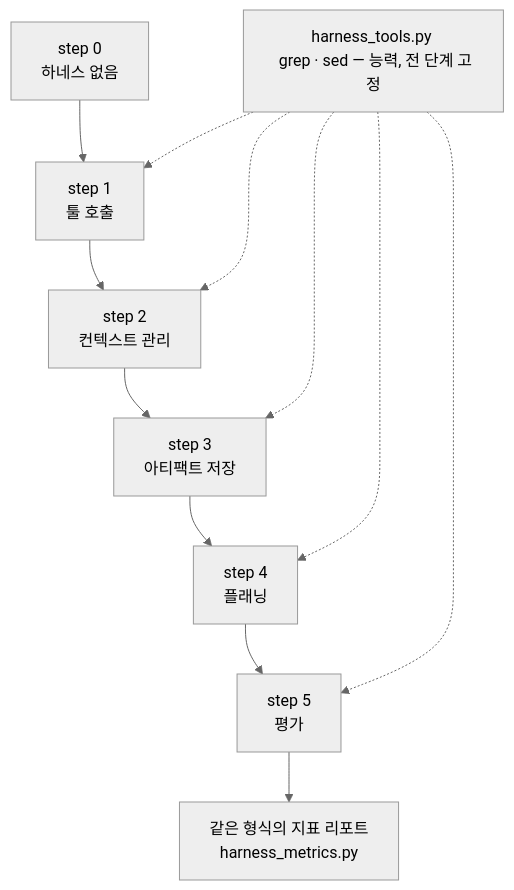
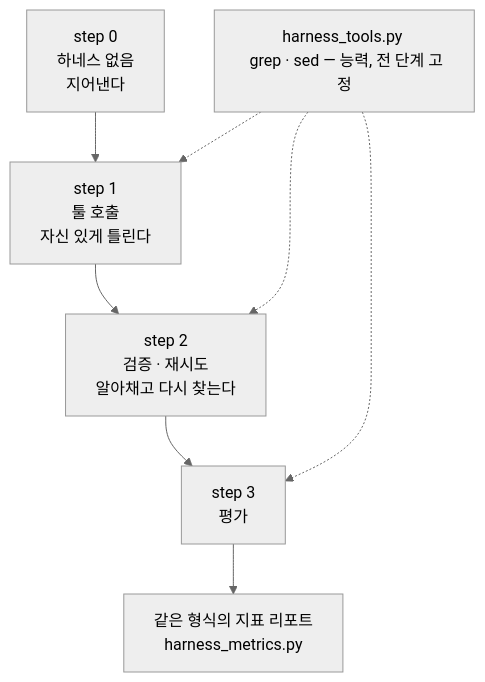
One commit to ivorycloud1013/lab-azure-hol-ai-services changed diagram 17 of 17 in python/README.md. Above: the diagram before and after it, drawn with Mermaid. The commit also changed other lines of this file and 12 other files, not shown here.

````diff
--- a/python/README.md
+++ b/python/README.md
@@ -1018,13 +1018,11 @@
 ```mermaid
 %%{init: {"theme": "neutral"}}%%
 flowchart TB
     CAP["harness_tools.py </br> grep · sed — 능력, 전 단계 고정"]
-    S0["step 0 </br> 하네스 없음"] --> S1["step 1 </br> 툴 호출"] --> S2["step 2 </br> 컨텍스트 관리"]
-    S2 --> S3["step 3 </br> 아티팩트 저장"] --> S4["step 4 </br> 플래닝"] --> S5["step 5 </br> 평가"]
+    S0["step 0 </br> 하네스 없음 </br> 지어낸다"] --> S1["step 1 </br> 툴 호출 </br> 자신 있게 틀린다"]
+    S1 --> S2["step 2 </br> 검증 · 재시도 </br> 알아채고 다시 찾는다"] --> S3["step 3 </br> 평가"]
     CAP -.-> S1
     CAP -.-> S2
     CAP -.-> S3
-    CAP -.-> S4
-    CAP -.-> S5
-    S5 --> R["같은 형식의 지표 리포트 </br> harness_metrics.py"]
+    S3 --> R["같은 형식의 지표 리포트 </br> harness_metrics.py"]
 ```
````
